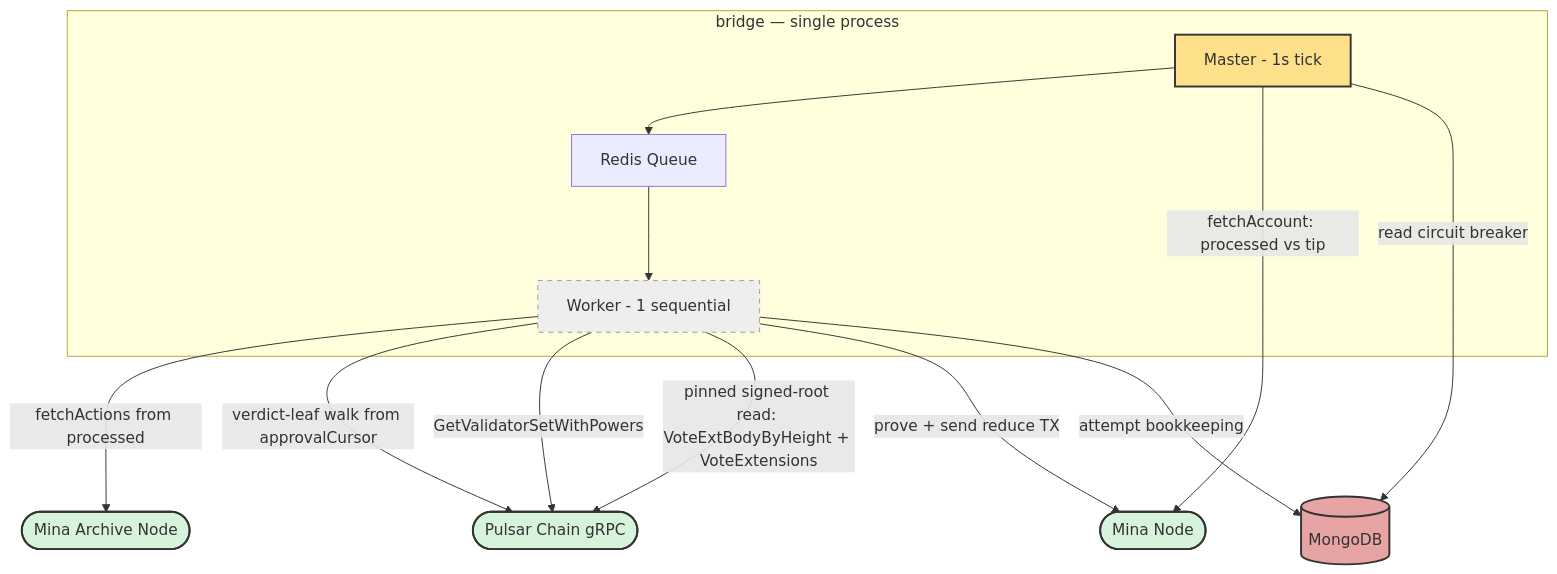
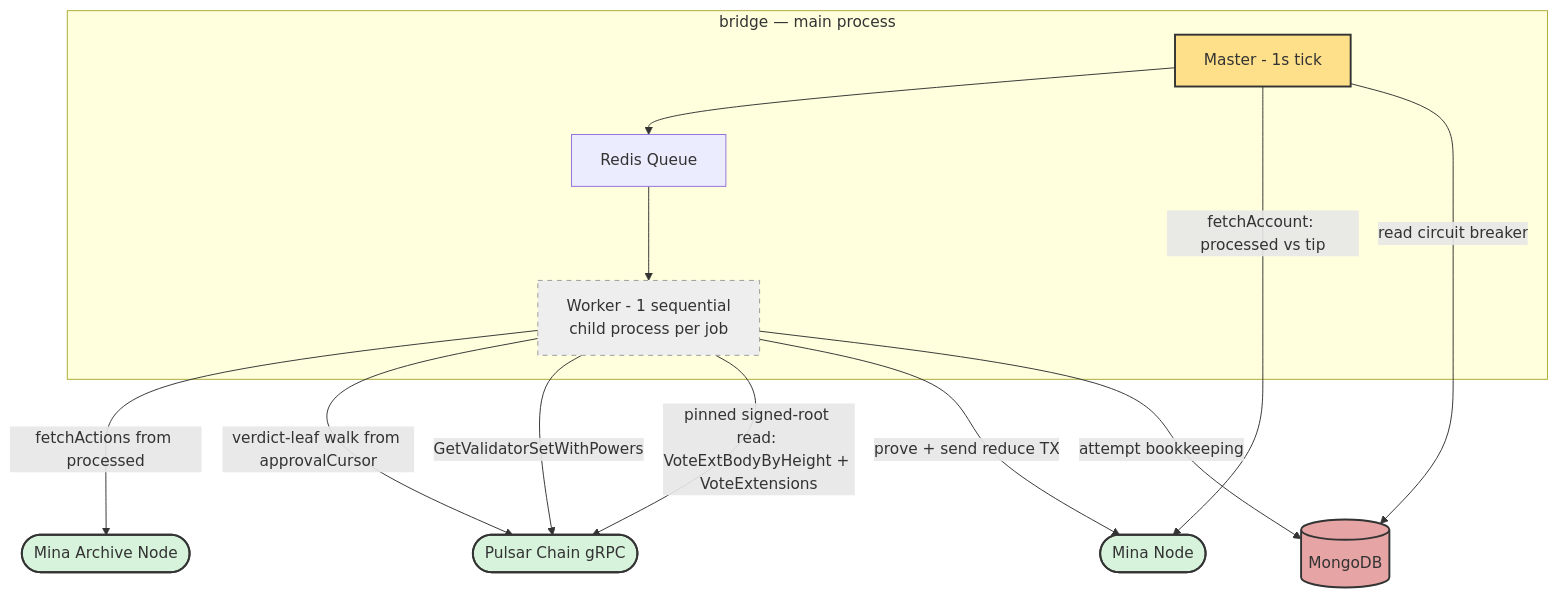
The first of 4 diagrams in bridge/docs/architecture.md (node101-io/pulsar), drawn with Mermaid before and after one commit. The commit also changed other lines of this file and 7 other files, not shown here.

Commit message:
fix: isolate reduce proving in killable child process

````diff
--- a/bridge/docs/architecture.md
+++ b/bridge/docs/architecture.md
@@ -55,31 +56,31 @@
 ```mermaid
 graph TD
     classDef db fill:#e6a4a4,stroke:#333,stroke-width:2px
     classDef processor fill:#ffe08a,stroke:#333,stroke-width:2px
     classDef worker fill:#eee,stroke:#999,stroke-dasharray: 5 5
     classDef external fill:#d8f3dc,stroke:#333,stroke-width:2px
 
-    subgraph Bridge [bridge — single process]
+    subgraph Bridge [bridge — main process]
         master[Master - 1s tick] --> queue[Redis Queue]
-        queue --> worker1[Worker - 1 sequential]
+        queue --> worker1[Worker - 1 sequential<br>child process per job]
     end
 
     Mina([Mina Node])
     Archive([Mina Archive Node])
     ChainGrpc([Pulsar Chain gRPC])
     mongoDB[(MongoDB)]
 
     master -->|fetchAccount: processed vs tip| Mina
     master -->|read circuit breaker| mongoDB
     worker1 -->|fetchActions from processed| Archive
     worker1 -->|verdict-leaf walk from approvalCursor| ChainGrpc
     worker1 -->|GetValidatorSetWithPowers| ChainGrpc
     worker1 -->|pinned signed-root read: VoteExtBodyByHeight + VoteExtensions| ChainGrpc
     worker1 -->|prove + send reduce TX| Mina
     worker1 -->|attempt bookkeeping| mongoDB
 
     class Mina,Archive,ChainGrpc external
     class mongoDB db
     class master processor
     class worker1 worker
 ```
````
